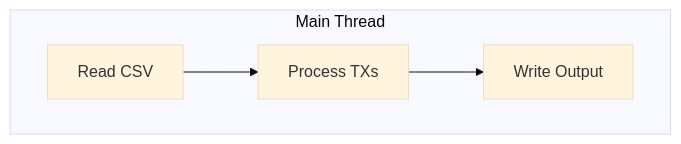
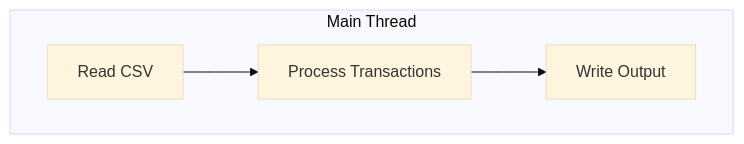
One commit to stat/rs-accountant changed the first of 4 diagrams in README.md. Above: the diagram before and after it, drawn with Mermaid (base theme). The commit also changed other lines of this file and 1 other file, not shown here.

````diff
--- a/README.md
+++ b/README.md
@@ -135,9 +157,9 @@
 ```mermaid
 graph TD;
     subgraph "Main Thread"
         A["Read CSV"]
-        B["Process TXs"]
+        B["Process Transactions"]
         C["Write Output"]
         A --> B --> C
     end
 ```
````
